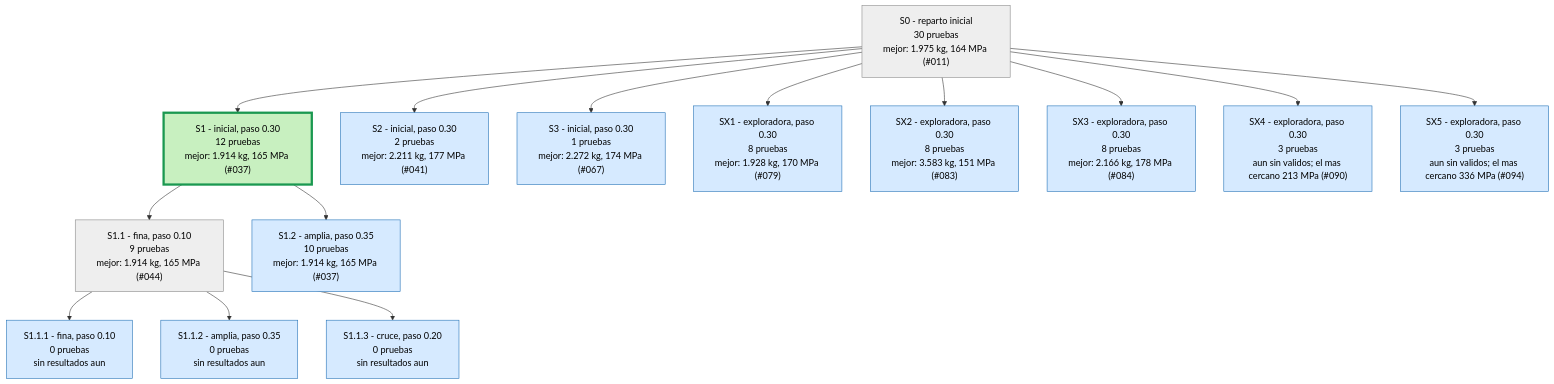
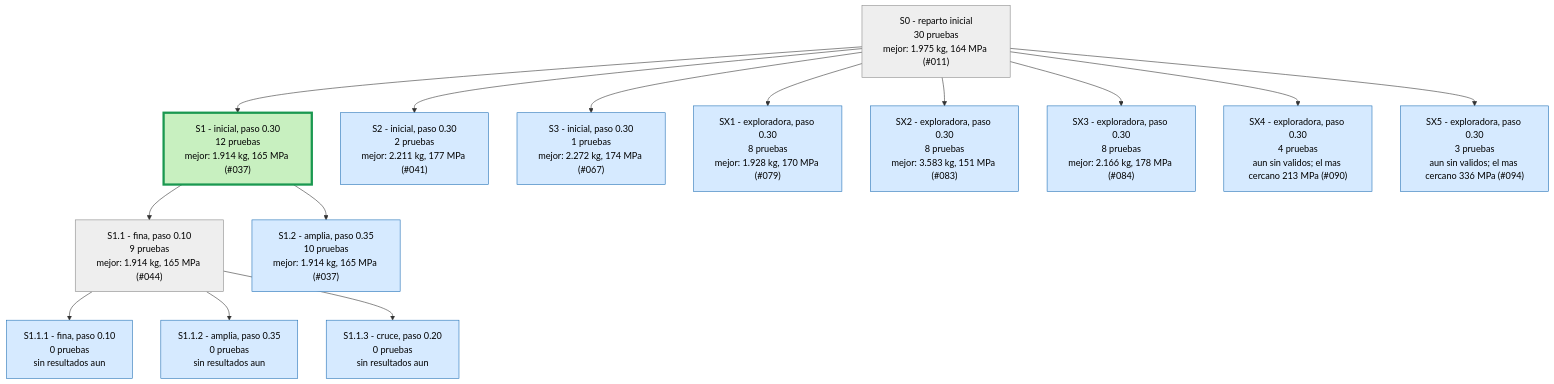
Before and after one commit to Hugiko/msd-soporte-optimizacion: the first of 4 diagrams in runs/opt_37800N/ARBOL.md, drawn with Mermaid. The commit also changed 19 other files, not shown here.

````diff
--- a/runs/opt_37800N/ARBOL.md
+++ b/runs/opt_37800N/ARBOL.md
@@ -9,33 +9,33 @@
 ```mermaid
 graph TD
 classDef activa fill:#d6eaff,stroke:#1f6fb5,color:#000
 classDef fin fill:#eeeeee,stroke:#888,color:#000
 classDef mejor fill:#c8f0c0,stroke:#1a9850,stroke-width:4px,color:#000
 S0["S0 - reparto inicial<br/>30 pruebas<br/>mejor: 1.975 kg, 164 MPa (#011)"]:::fin
 S1["S1 - inicial, paso 0.30<br/>12 pruebas<br/>mejor: 1.914 kg, 165 MPa (#037)"]:::mejor
 S0 --> S1
 S2["S2 - inicial, paso 0.30<br/>2 pruebas<br/>mejor: 2.211 kg, 177 MPa (#041)"]:::activa
 S0 --> S2
 S3["S3 - inicial, paso 0.30<br/>1 pruebas<br/>mejor: 2.272 kg, 174 MPa (#067)"]:::activa
 S0 --> S3
 S1_1["S1.1 - fina, paso 0.10<br/>9 pruebas<br/>mejor: 1.914 kg, 165 MPa (#044)"]:::fin
 S1 --> S1_1
 S1_2["S1.2 - amplia, paso 0.35<br/>10 pruebas<br/>mejor: 1.914 kg, 165 MPa (#037)"]:::activa
 S1 --> S1_2
 S1_1_1["S1.1.1 - fina, paso 0.10<br/>0 pruebas<br/>sin resultados aun"]:::activa
 S1_1 --> S1_1_1
 S1_1_2["S1.1.2 - amplia, paso 0.35<br/>0 pruebas<br/>sin resultados aun"]:::activa
 S1_1 --> S1_1_2
 S1_1_3["S1.1.3 - cruce, paso 0.20<br/>0 pruebas<br/>sin resultados aun"]:::activa
 S1_1 --> S1_1_3
 SX1["SX1 - exploradora, paso 0.30<br/>8 pruebas<br/>mejor: 1.928 kg, 170 MPa (#079)"]:::activa
 S0 --> SX1
 SX2["SX2 - exploradora, paso 0.30<br/>8 pruebas<br/>mejor: 3.583 kg, 151 MPa (#083)"]:::activa
 S0 --> SX2
 SX3["SX3 - exploradora, paso 0.30<br/>8 pruebas<br/>mejor: 2.166 kg, 178 MPa (#084)"]:::activa
 S0 --> SX3
-SX4["SX4 - exploradora, paso 0.30<br/>3 pruebas<br/>aun sin validos; el mas cercano 213 MPa (#090)"]:::activa
+SX4["SX4 - exploradora, paso 0.30<br/>4 pruebas<br/>aun sin validos; el mas cercano 213 MPa (#090)"]:::activa
 S0 --> SX4
 SX5["SX5 - exploradora, paso 0.30<br/>3 pruebas<br/>aun sin validos; el mas cercano 336 MPa (#094)"]:::activa
 S0 --> SX5
 ```
````
